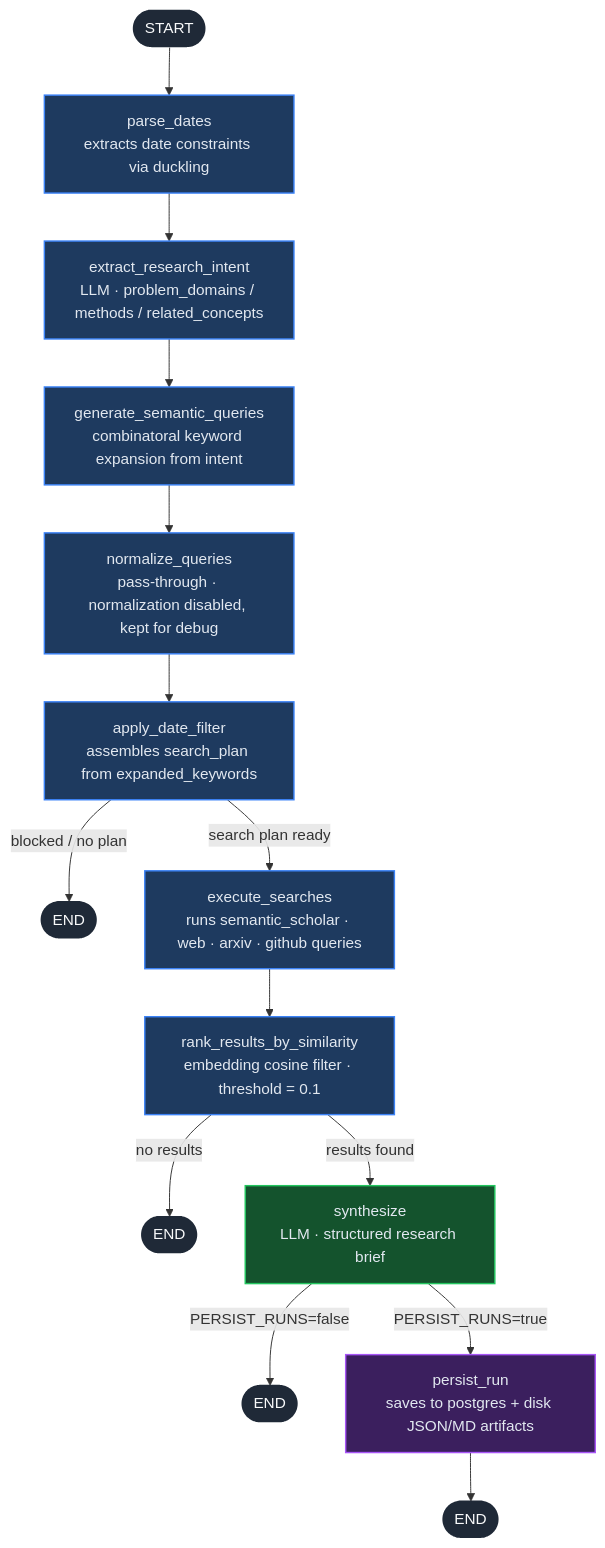
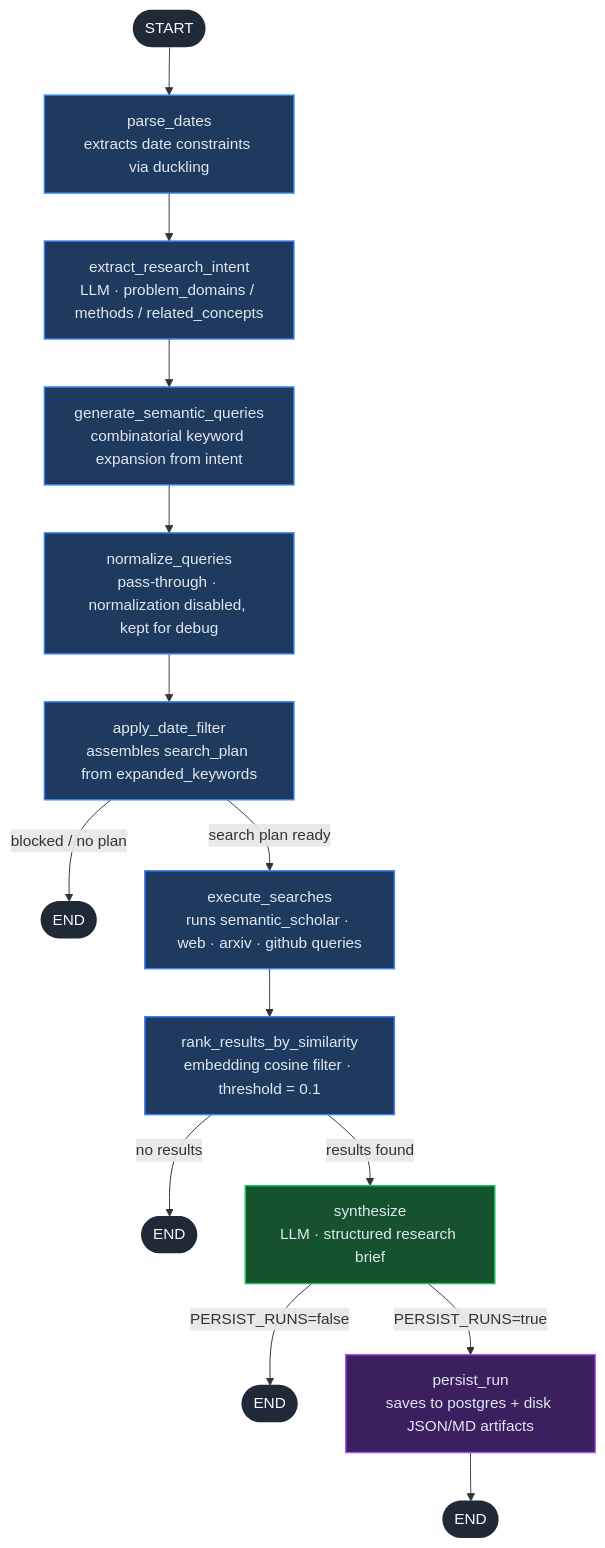
Before and after one commit to chrzanowski000/agents-self-reflect: the second of 2 diagrams in README.md, drawn with Mermaid. The commit also changed other lines of this file, not shown here.

Commit message:
update graph

````diff
--- a/README.md
+++ b/README.md
@@ -44,52 +44,52 @@
 ```mermaid
 flowchart TD
     START([START]) --> parse_dates
 
-    parse_dates["parse_dates\nextracts date constraints via duckling"]
+    parse_dates["parse_dates<br/>extracts date constraints via duckling"]
     parse_dates --> extract_research_intent
 
-    extract_research_intent["extract_research_intent\nLLM · problem_domains / methods / related_concepts"]
+    extract_research_intent["extract_research_intent<br/>LLM · problem_domains / methods / related_concepts"]
     extract_research_intent --> generate_semantic_queries
 
-    generate_semantic_queries["generate_semantic_queries\ncombinatoral keyword expansion from intent"]
+    generate_semantic_queries["generate_semantic_queries<br/>combinatorial keyword expansion from intent"]
     generate_semantic_queries --> normalize_queries
 
-    normalize_queries["normalize_queries\npass-through · normalization disabled, kept for debug"]
+    normalize_queries["normalize_queries<br/>pass-through · normalization disabled, kept for debug"]
     normalize_queries --> apply_date_filter
 
-    apply_date_filter["apply_date_filter\nassembles search_plan from expanded_keywords"]
+    apply_date_filter["apply_date_filter<br/>assembles search_plan from expanded_keywords"]
 
     apply_date_filter -->|blocked / no plan| END1([END])
     apply_date_filter -->|search plan ready| execute_searches
 
-    execute_searches["execute_searches\nruns semantic_scholar · web · arxiv · github queries"]
+    execute_searches["execute_searches<br/>runs semantic_scholar · web · arxiv · github queries"]
     execute_searches --> rank_results_by_similarity
 
-    rank_results_by_similarity["rank_results_by_similarity\nembedding cosine filter · threshold = 0.1"]
+    rank_results_by_similarity["rank_results_by_similarity<br/>embedding cosine filter · threshold = 0.1"]
 
     rank_results_by_similarity -->|no results| END2([END])
     rank_results_by_similarity -->|results found| synthesize
 
-    synthesize["synthesize\nLLM · structured research brief"]
+    synthesize["synthesize<br/>LLM · structured research brief"]
 
     synthesize -->|PERSIST_RUNS=false| END3([END])
     synthesize -->|PERSIST_RUNS=true| persist_run
 
-    persist_run["persist_run\nsaves to postgres + disk JSON/MD artifacts"]
+    persist_run["persist_run<br/>saves to postgres + disk JSON/MD artifacts"]
     persist_run --> END4([END])
 
     style START fill:#1f2937,color:#f9fafb,stroke:none
     style END1 fill:#1f2937,color:#f9fafb,stroke:none
     style END2 fill:#1f2937,color:#f9fafb,stroke:none
     style END3 fill:#1f2937,color:#f9fafb,stroke:none
     style END4 fill:#1f2937,color:#f9fafb,stroke:none
     style parse_dates fill:#1e3a5f,color:#e2e8f0,stroke:#3b82f6,stroke-width:1.5px
     style extract_research_intent fill:#1e3a5f,color:#e2e8f0,stroke:#3b82f6,stroke-width:1.5px
     style generate_semantic_queries fill:#1e3a5f,color:#e2e8f0,stroke:#3b82f6,stroke-width:1.5px
     style normalize_queries fill:#1e3a5f,color:#e2e8f0,stroke:#3b82f6,stroke-width:1.5px
     style apply_date_filter fill:#1e3a5f,color:#e2e8f0,stroke:#3b82f6,stroke-width:1.5px
     style execute_searches fill:#1e3a5f,color:#e2e8f0,stroke:#3b82f6,stroke-width:1.5px
     style rank_results_by_similarity fill:#1e3a5f,color:#e2e8f0,stroke:#3b82f6,stroke-width:1.5px
     style synthesize fill:#14532d,color:#e2e8f0,stroke:#22c55e,stroke-width:1.5px
     style persist_run fill:#3b1f5e,color:#e2e8f0,stroke:#a855f7,stroke-width:1.5px
 ```
````
